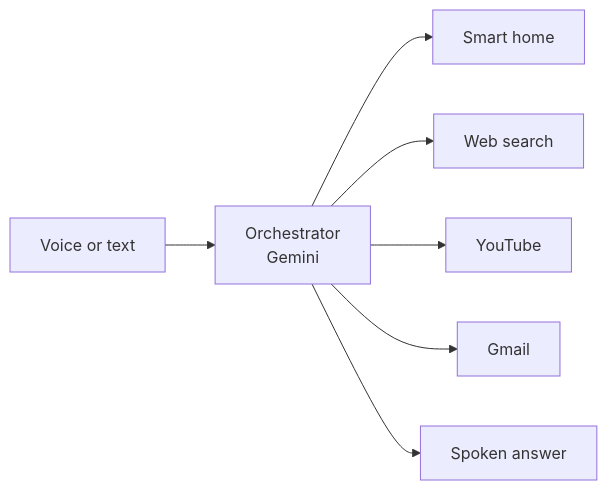
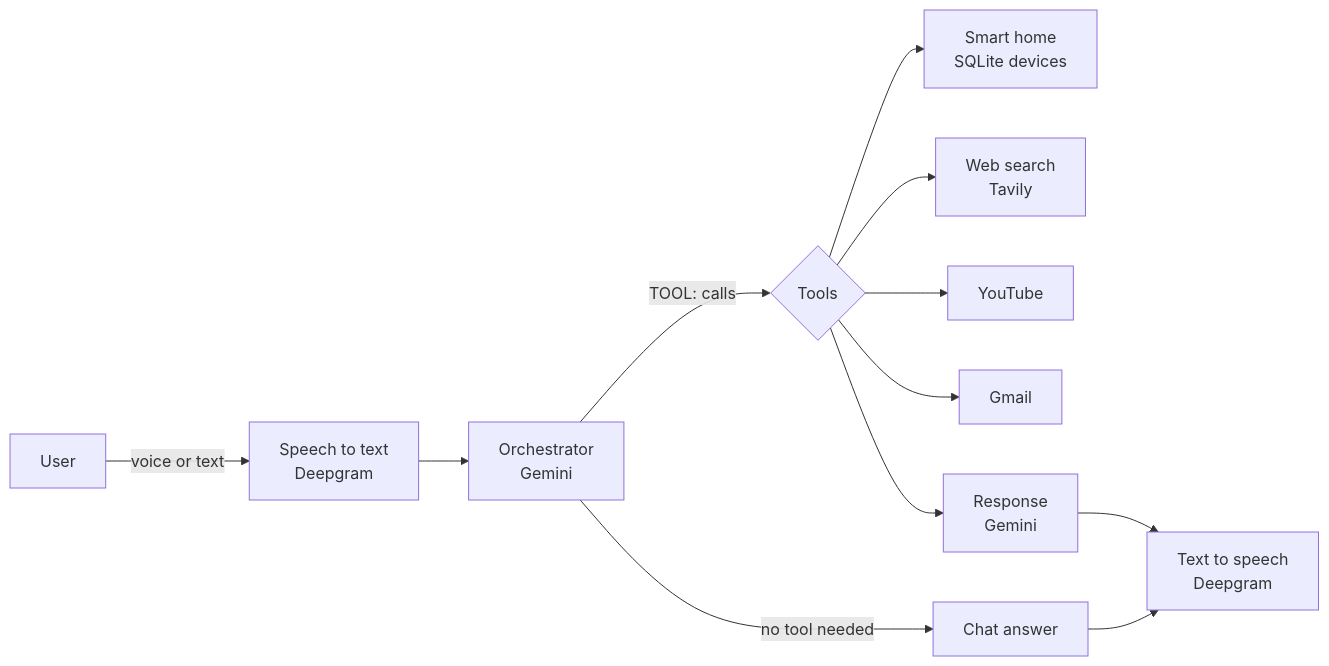
Before and after one commit to oussama-abid/living-smarter: the diagram in README.md, drawn with Mermaid. The commit also changed other lines of this file, not shown here.

````diff
--- a/README.md
+++ b/README.md
@@ -28,9 +34,14 @@
 ```mermaid
 flowchart LR
-    U[Voice or text] --> O[Orchestrator<br/>Gemini]
-    O --> D[Smart home]
-    O --> W[Web search]
-    O --> Y[YouTube]
-    O --> G[Gmail]
-    O --> A[Spoken answer]
+    U[User] -->|voice or text| STT[Speech to text<br/>Deepgram]
+    STT --> O[Orchestrator<br/>Gemini]
+    O -->|TOOL: calls| T{Tools}
+    T --> SH[Smart home<br/>SQLite devices]
+    T --> W[Web search<br/>Tavily]
+    T --> Y[YouTube]
+    T --> G[Gmail]
+    O -->|no tool needed| C[Chat answer]
+    T --> R[Response<br/>Gemini]
+    R --> TTS[Text to speech<br/>Deepgram]
+    C --> TTS
 ```
````
